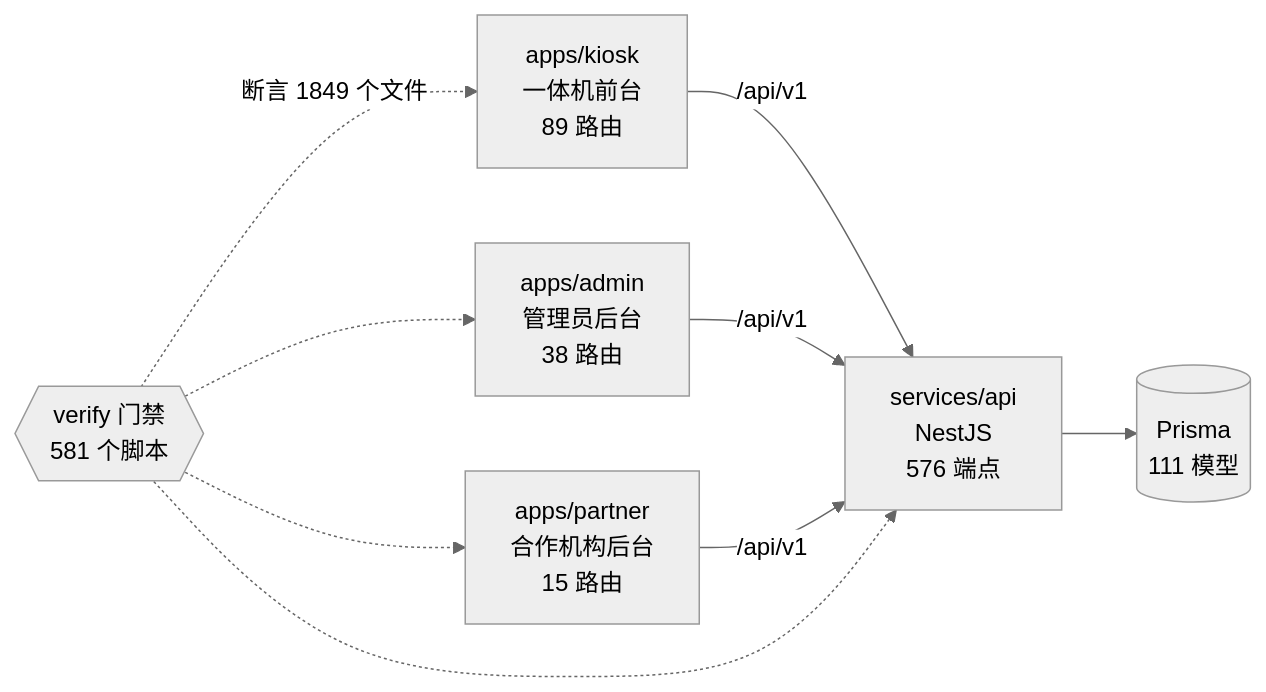
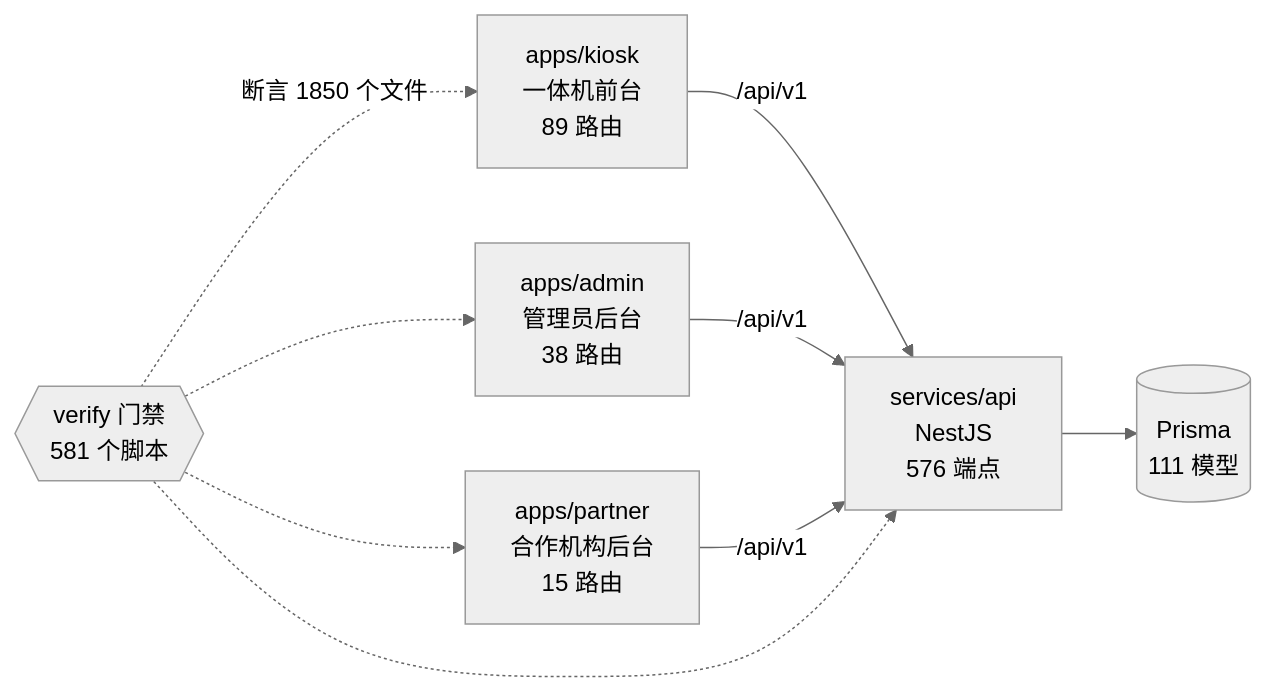
One commit to wanglei581/YITIJI changed the diagram in docs/graph/README.md. Above: the diagram before and after it, drawn with Mermaid (neutral theme). The commit also changed other lines of this file and 1 other file, not shown here.

Commit message:
chore(graph): #1254 合入后重生图谱

````diff
--- a/docs/graph/README.md
+++ b/docs/graph/README.md
@@ -68,18 +68,18 @@
 ```mermaid
 flowchart LR
   kiosk["apps/kiosk<br/>一体机前台<br/>89 路由"]
   admin["apps/admin<br/>管理员后台<br/>38 路由"]
   partner["apps/partner<br/>合作机构后台<br/>15 路由"]
   api["services/api<br/>NestJS<br/>576 端点"]
   db[("Prisma<br/>111 模型")]
   gates{{"verify 门禁<br/>581 个脚本"}}
 
   kiosk -->|"/api/v1"| api
   admin -->|"/api/v1"| api
   partner -->|"/api/v1"| api
   api --> db
-  gates -.->|"断言 1849 个文件"| kiosk
+  gates -.->|"断言 1850 个文件"| kiosk
   gates -.-> admin
   gates -.-> partner
   gates -.-> api
 ```
````
